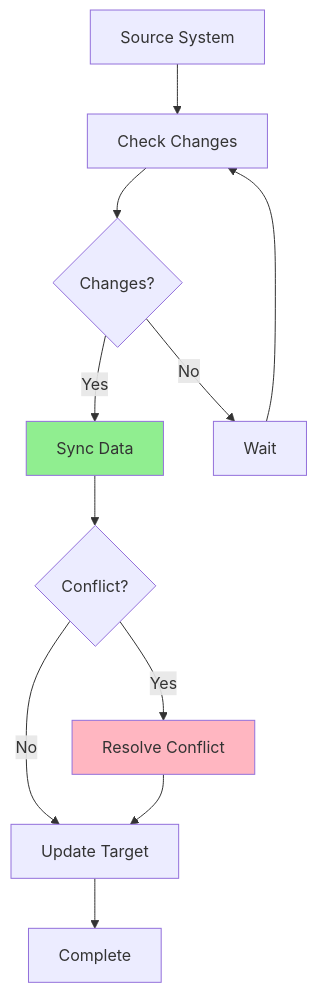
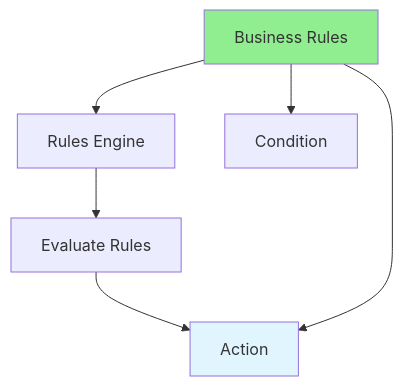
One commit to iouthnamain/tech-note changed the diagram in Full-Stack-Guides/Group-09-Complex-Functions/09.12_Business_Rules_Engine.md. Above: the diagram before and after it, drawn with Mermaid. The commit also changed other lines of this file and 480 other files, not shown here.

````diff
--- a/Full-Stack-Guides/Group-09-Complex-Functions/09.12_Business_Rules_Engine.md
+++ b/Full-Stack-Guides/Group-09-Complex-Functions/09.12_Business_Rules_Engine.md
@@ -23,16 +22,12 @@
 ```mermaid
-flowchart TD
-    Source[Source System] --> Check[Check Changes]
-    Check --> Changes{Changes?}
-    Changes -->|Yes| Sync[Sync Data]
-    Changes -->|No| Wait[Wait]
-    Sync --> Conflict{Conflict?}
-    Conflict -->|Yes| Resolve[Resolve Conflict]
-    Conflict -->|No| Update[Update Target]
-    Resolve --> Update
-    Update --> Complete[Complete]
-    Wait --> Check
+graph TD
+    Rules[Business Rules] --> Engine[Rules Engine]
+    Engine --> Evaluate[Evaluate Rules]
+    Evaluate --> Action[Execute Action]
     
-    style Sync fill:#90EE90
-    style Resolve fill:#FFB6C1
+    Rules --> Condition[Condition]
+    Rules --> Action[Action]
+    
+    style Rules fill:#90EE90
+    style Action fill:#e1f5ff
 ```
````
